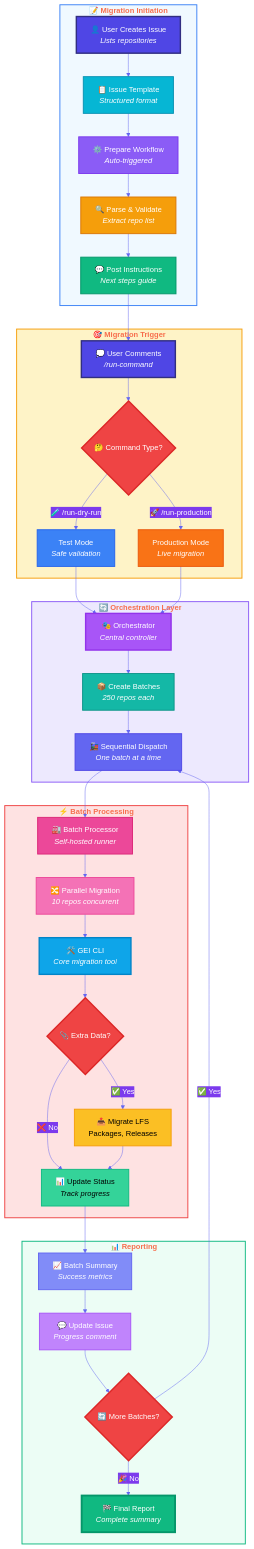
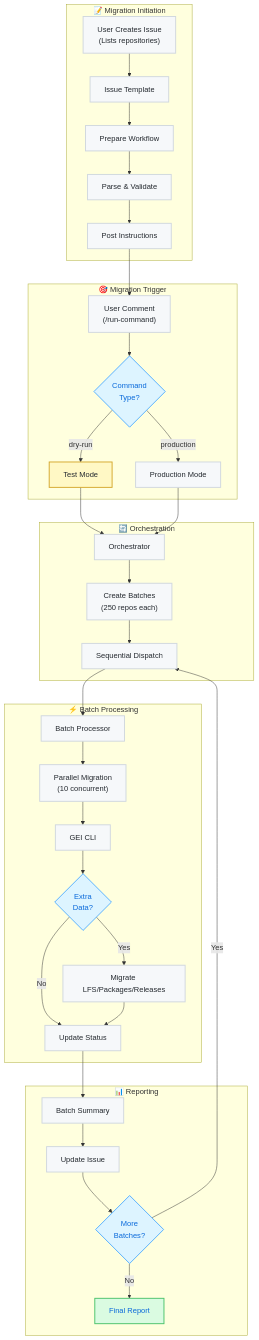
One commit to cvega/migraction changed the first of 2 diagrams in README.md. Above: the diagram before and after it, drawn with Mermaid. The commit also changed other lines of this file and 8 other files, not shown here.

First line of the commit message:
Enhance migration workflows with improved environment selection and self-hosted runner configurations

````diff
--- a/README.md
+++ b/README.md
@@ -307,68 +451,50 @@
 ```mermaid
-%%{init: {'theme':'base', 'themeVariables': { 'primaryColor':'#1f2937', 'primaryBorderColor':'#4f46e5', 'primaryTextColor':'#fff', 'lineColor':'#6366f1', 'secondaryColor':'#7c3aed', 'tertiaryColor':'#0891b2', 'background':'#f8fafc', 'mainBkg':'#ffffff', 'secondBkg':'#f1f5f9', 'tertiaryBkg':'#e0e7ff', 'textColor':'#1e293b', 'fontSize':'16px'}}}%%
 graph TB
-    subgraph INIT["<b>📝 Migration Initiation</b>"]
-        A["👤 User Creates Issue<br/><i>Lists repositories</i>"]:::userAction --> B["📋 Issue Template<br/><i>Structured format</i>"]:::template
-        B --> C["⚙️ Prepare Workflow<br/><i>Auto-triggered</i>"]:::workflow
-        C --> D["🔍 Parse & Validate<br/><i>Extract repo list</i>"]:::process
-        D --> E["💬 Post Instructions<br/><i>Next steps guide</i>"]:::output
+    subgraph INIT["📝 Migration Initiation"]
+        A["User Creates Issue<br/>(Lists repositories)"] --> B["Issue Template"]
+        B --> C["Prepare Workflow"]
+        C --> D["Parse & Validate"]
+        D --> E["Post Instructions"]
     end
     
-    subgraph TRIGGER["<b>🎯 Migration Trigger</b>"]
-        E --> F["💭 User Comments<br/><i>/run-command</i>"]:::userAction
-        F --> G{"🤔 Command Type?"}:::decision
-        G -->|"🧪 /run-dry-run"| H["Test Mode<br/><i>Safe validation</i>"]:::dryrun
-        G -->|"🚀 /run-production"| I["Production Mode<br/><i>Live migration</i>"]:::production
+    subgraph TRIGGER["🎯 Migration Trigger"]
+        E --> F["User Comment<br/>(/run-command)"]
+        F --> G{"Command<br/>Type?"}
+        G -->|"dry-run"| H["Test Mode"]
+        G -->|"production"| I["Production Mode"]
     end
     
-    subgraph ORCHESTRATE["<b>🔄 Orchestration Layer</b>"]
-        H --> J["🎭 Orchestrator<br/><i>Central controller</i>"]:::orchestrator
+    subgraph ORCHESTRATE["🔄 Orchestration"]
+        H --> J["Orchestrator"]
         I --> J
-        J --> K["📦 Create Batches<br/><i>250 repos each</i>"]:::batch
-        K --> L["🚂 Sequential Dispatch<br/><i>One batch at a time</i>"]:::dispatch
+        J --> K["Create Batches<br/>(250 repos each)"]
+        K --> L["Sequential Dispatch"]
     end
     
-    subgraph PROCESS["<b>⚡ Batch Processing</b>"]
-        L --> M["🏭 Batch Processor<br/><i>Self-hosted runner</i>"]:::processor
-        M --> N["🔀 Parallel Migration<br/><i>10 repos concurrent</i>"]:::parallel
-        N --> O["🛠️ GEI CLI<br/><i>Core migration tool</i>"]:::gei
-        O --> P{"📎 Extra Data?"}:::decision
-        P -->|"✅ Yes"| Q["📤 Migrate LFS<br/>Packages, Releases"]:::extra
-        P -->|"❌ No"| R["📊 Update Status<br/><i>Track progress</i>"]:::status
+    subgraph PROCESS["⚡ Batch Processing"]
+        L --> M["Batch Processor"]
+        M --> N["Parallel Migration<br/>(10 concurrent)"]
+        N --> O["GEI CLI"]
+        O --> P{"Extra<br/>Data?"}
+        P -->|"Yes"| Q["Migrate LFS/Packages/Releases"]
+        P -->|"No"| R["Update Status"]
         Q --> R
     end
     
-    subgraph REPORT["<b>📊 Reporting</b>"]
-        R --> S["📈 Batch Summary<br/><i>Success metrics</i>"]:::summary
-        S --> T["💬 Update Issue<br/><i>Progress comment</i>"]:::comment
-        T --> U{"🔄 More Batches?"}:::decision
-        U -->|"✅ Yes"| L
-        U -->|"🎉 No"| V["🏁 Final Report<br/><i>Complete summary</i>"]:::final
+    subgraph REPORT["📊 Reporting"]
+        R --> S["Batch Summary"]
+        S --> T["Update Issue"]
+        T --> U{"More<br/>Batches?"}
+        U -->|"Yes"| L
+        U -->|"No"| V["Final Report"]
     end
     
-    classDef userAction fill:#4f46e5,stroke:#312e81,stroke-width:3px,color:#fff
-    classDef template fill:#06b6d4,stroke:#0891b2,stroke-width:2px,color:#fff
-    classDef workflow fill:#8b5cf6,stroke:#7c3aed,stroke-width:2px,color:#fff
-    classDef process fill:#f59e0b,stroke:#d97706,stroke-width:2px,color:#fff
-    classDef output fill:#10b981,stroke:#059669,stroke-width:2px,color:#fff
-    classDef decision fill:#ef4444,stroke:#dc2626,stroke-width:3px,color:#fff
-    classDef dryrun fill:#3b82f6,stroke:#2563eb,stroke-width:2px,color:#fff
-    classDef production fill:#f97316,stroke:#ea580c,stroke-width:2px,color:#fff
-    classDef orchestrator fill:#a855f7,stroke:#9333ea,stroke-width:3px,color:#fff
-    classDef batch fill:#14b8a6,stroke:#0d9488,stroke-width:2px,color:#fff
-    classDef dispatch fill:#6366f1,stroke:#4f46e5,stroke-width:2px,color:#fff
-    classDef processor fill:#ec4899,stroke:#db2777,stroke-width:2px,color:#fff
-    classDef parallel fill:#f472b6,stroke:#ec4899,stroke-width:2px,color:#fff
-    classDef gei fill:#0ea5e9,stroke:#0284c7,stroke-width:3px,color:#fff
-    classDef extra fill:#fbbf24,stroke:#f59e0b,stroke-width:2px,color:#000
-    classDef status fill:#34d399,stroke:#10b981,stroke-width:2px,color:#000
-    classDef summary fill:#818cf8,stroke:#6366f1,stroke-width:2px,color:#fff
-    classDef comment fill:#c084fc,stroke:#a855f7,stroke-width:2px,color:#fff
-    classDef final fill:#10b981,stroke:#059669,stroke-width:4px,color:#fff
+    classDef default fill:#f6f8fa,stroke:#d0d7de,stroke-width:2px,color:#24292f
+    classDef decision fill:#ddf4ff,stroke:#54aeff,stroke-width:2px,color:#0969da
+    classDef success fill:#dafbe1,stroke:#4ac26b,stroke-width:2px,color:#0969da
+    classDef warning fill:#fff8c5,stroke:#d4a72c,stroke-width:2px,color:#24292f
     
-    style INIT fill:#f0f9ff,stroke:#3b82f6,stroke-width:2px
-    style TRIGGER fill:#fef3c7,stroke:#f59e0b,stroke-width:2px
-    style ORCHESTRATE fill:#ede9fe,stroke:#8b5cf6,stroke-width:2px
-    style PROCESS fill:#fee2e2,stroke:#ef4444,stroke-width:2px
-    style REPORT fill:#ecfdf5,stroke:#10b981,stroke-width:2px
+    class G,P,U decision
+    class V success
+    class H warning
 ```
````
